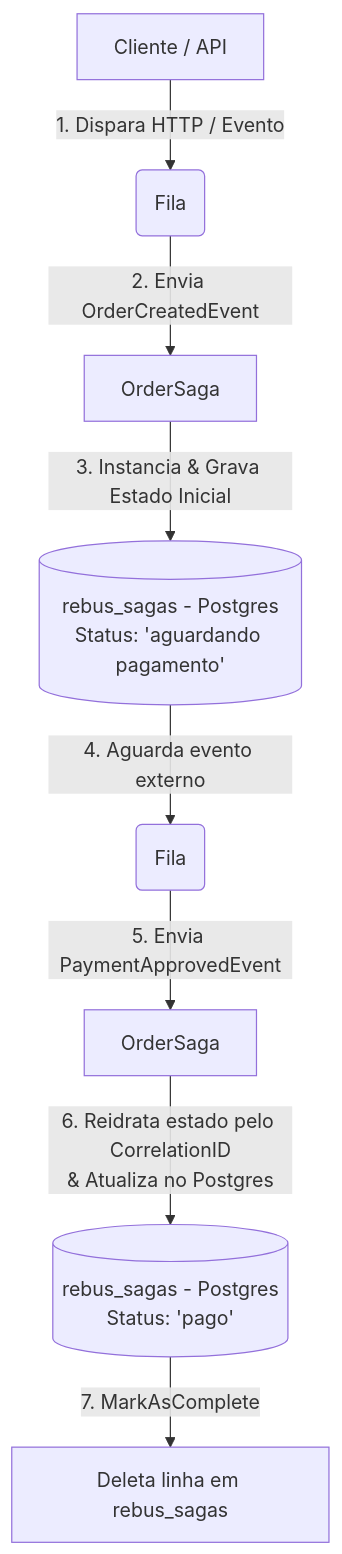
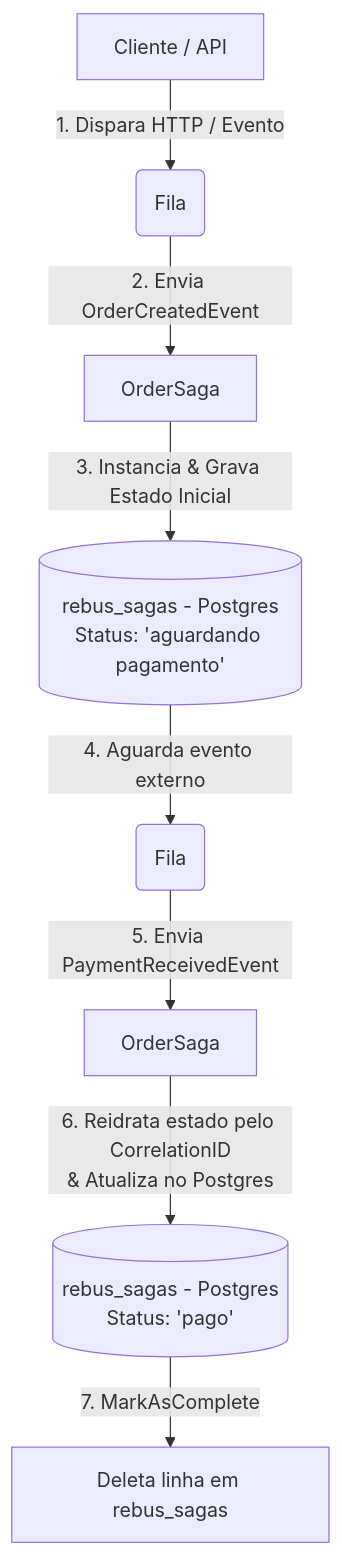
One commit to avmesquita/rabbitmq-rebus-study-case changed the second of 2 diagrams in README.md. Above: the diagram before and after it, drawn with Mermaid. The commit also changed other lines of this file and 4 other files, not shown here.

````diff
--- a/README.md
+++ b/README.md
@@ -81,13 +81,13 @@
 ```mermaid
 graph TD
     A[Cliente / API] -->|1. Dispara HTTP / Evento| B(Fila)
     B -->|2. Envia OrderCreatedEvent| C[OrderSaga]
     C -->|3. Instancia & Grava Estado Inicial| D[(rebus_sagas - Postgres<br/>Status: 'aguardando pagamento')]
     
     D -->|4. Aguarda evento externo| E(Fila)
-    E -->|5. Envia PaymentApprovedEvent| F[OrderSaga]
+    E -->|5. Envia PaymentReceivedEvent| F[OrderSaga]
     
     F -->|6. Reidrata estado pelo CorrelationID<br/>& Atualiza no Postgres| G[(rebus_sagas - Postgres<br/>Status: 'pago')]
     
     G -->|7. MarkAsComplete| H[Deleta linha em rebus_sagas]
 ```
````
